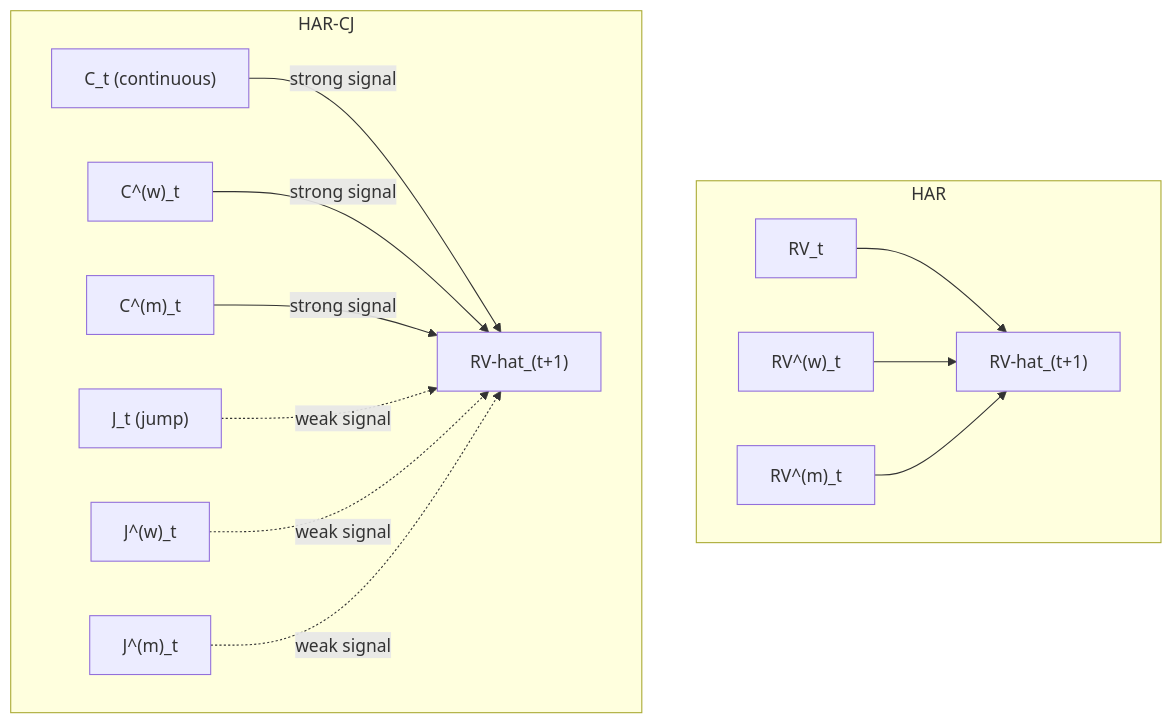
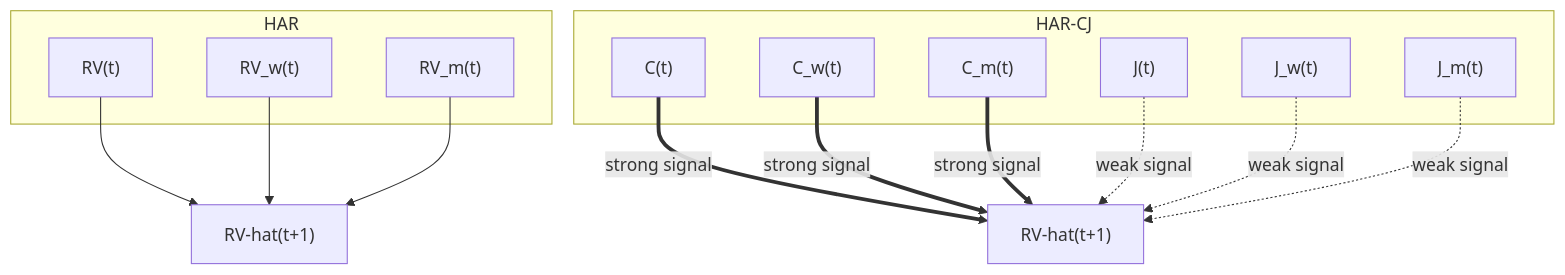
The third of 3 diagrams in vol-learning-guide/markdown/ch06-har-model.md (xRyann2255/ML-GS), drawn with Mermaid before and after one commit. The commit also changed other lines of this file and 19 other files, not shown here.

````diff
--- a/vol-learning-guide/markdown/ch06-har-model.md
+++ b/vol-learning-guide/markdown/ch06-har-model.md
@@ -267,28 +209,28 @@
 ```mermaid
 flowchart TD
-    subgraph HAR
-        RV["RV_t"]
-        RVW["RV^(w)_t"]
-        RVM["RV^(m)_t"]
-        FC1["RV-hat_(t+1)"]
-        RV --> FC1
-        RVW --> FC1
-        RVM --> FC1
+    subgraph HAR["HAR"]
+        rv_har["RV(t)"]
+        rvw_har["RV_w(t)"]
+        rvm_har["RV_m(t)"]
     end
+    forecast_har["RV-hat(t+1)"]
+    rv_har --> forecast_har
+    rvw_har --> forecast_har
+    rvm_har --> forecast_har
 
-    subgraph HAR-CJ
-        CD["C_t (continuous)"]
-        CW["C^(w)_t"]
-        CM["C^(m)_t"]
-        JD["J_t (jump)"]
-        JW["J^(w)_t"]
-        JM["J^(m)_t"]
-        FC2["RV-hat_(t+1)"]
-        CD -->|strong signal| FC2
-        CW -->|strong signal| FC2
-        CM -->|strong signal| FC2
-        JD -.->|weak signal| FC2
-        JW -.->|weak signal| FC2
-        JM -.->|weak signal| FC2
+    subgraph CJ["HAR-CJ"]
+        c_d["C(t)"]
+        c_w["C_w(t)"]
+        c_m["C_m(t)"]
+        j_d["J(t)"]
+        j_w["J_w(t)"]
+        j_m["J_m(t)"]
     end
+    forecast_cj["RV-hat(t+1)"]
+    c_d ==>|strong signal| forecast_cj
+    c_w ==>|strong signal| forecast_cj
+    c_m ==>|strong signal| forecast_cj
+    j_d -.->|weak signal| forecast_cj
+    j_w -.->|weak signal| forecast_cj
+    j_m -.->|weak signal| forecast_cj
 ```
````
